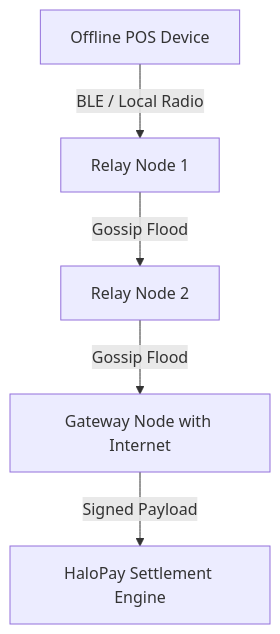
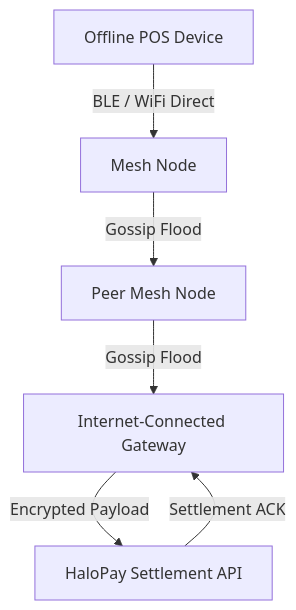
The diagram in README.md (HaloPaye/halopay-mesh-relayer), drawn with Mermaid before and after one commit. The commit also changed other lines of this file, not shown here.

First line of the commit message:
docs(readme): restore comprehensive architecture details and position stellar integration lower in doc (#143)

````diff
--- a/README.md
+++ b/README.md
@@ -23,7 +28,8 @@
 ```mermaid
 graph TD
-  POS[Offline POS Device] -->|BLE / Local Radio| Node1[Relay Node 1]
-  Node1 -->|Gossip Flood| Node2[Relay Node 2]
-  Node2 -->|Gossip Flood| Gateway[Gateway Node with Internet]
-  Gateway -->|Signed Payload| API[HaloPay Settlement Engine]
+  POS[Offline POS Device] -->|BLE / WiFi Direct| Node[Mesh Node]
+  Node -->|Gossip Flood| Node2[Peer Mesh Node]
+  Node2 -->|Gossip Flood| Gateway[Internet-Connected Gateway]
+  Gateway -->|Encrypted Payload| API[HaloPay Settlement API]
+  API -->|Settlement ACK| Gateway
 ```
````
